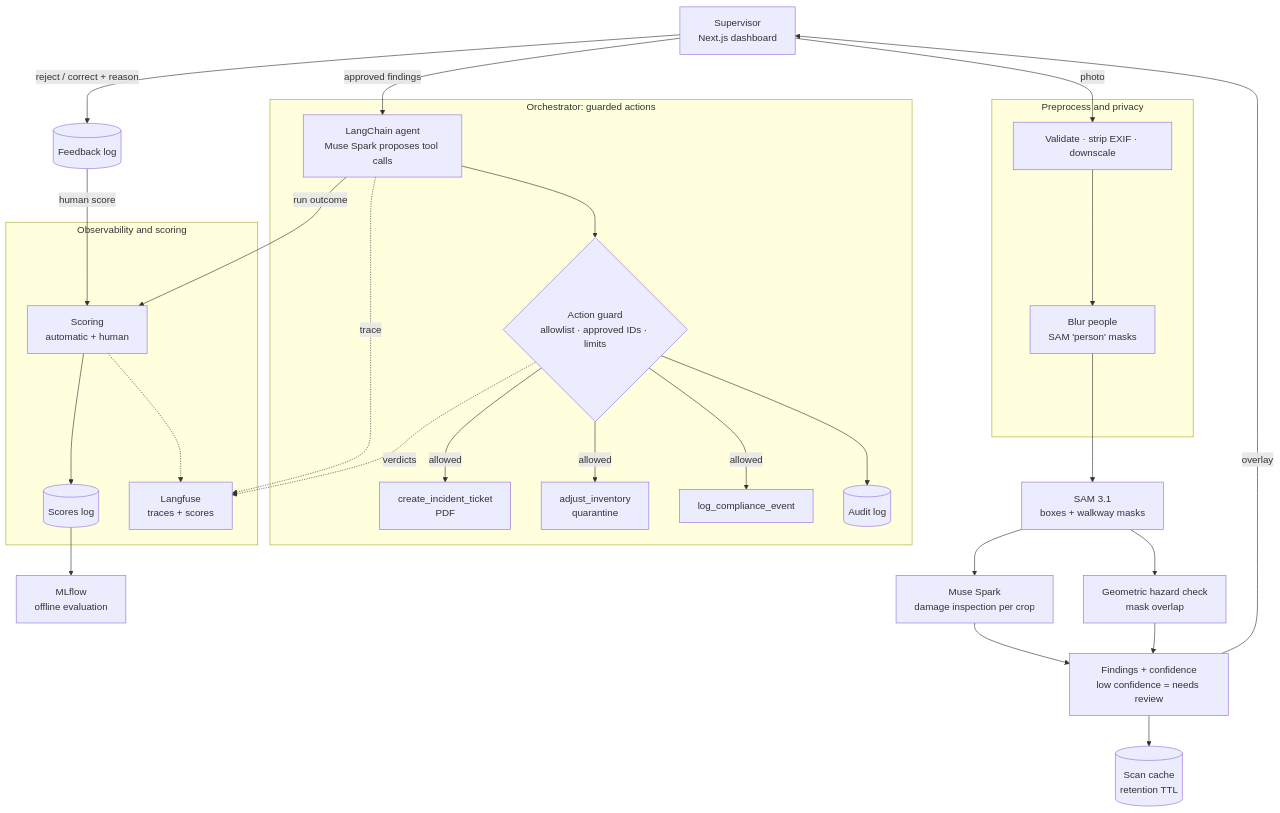
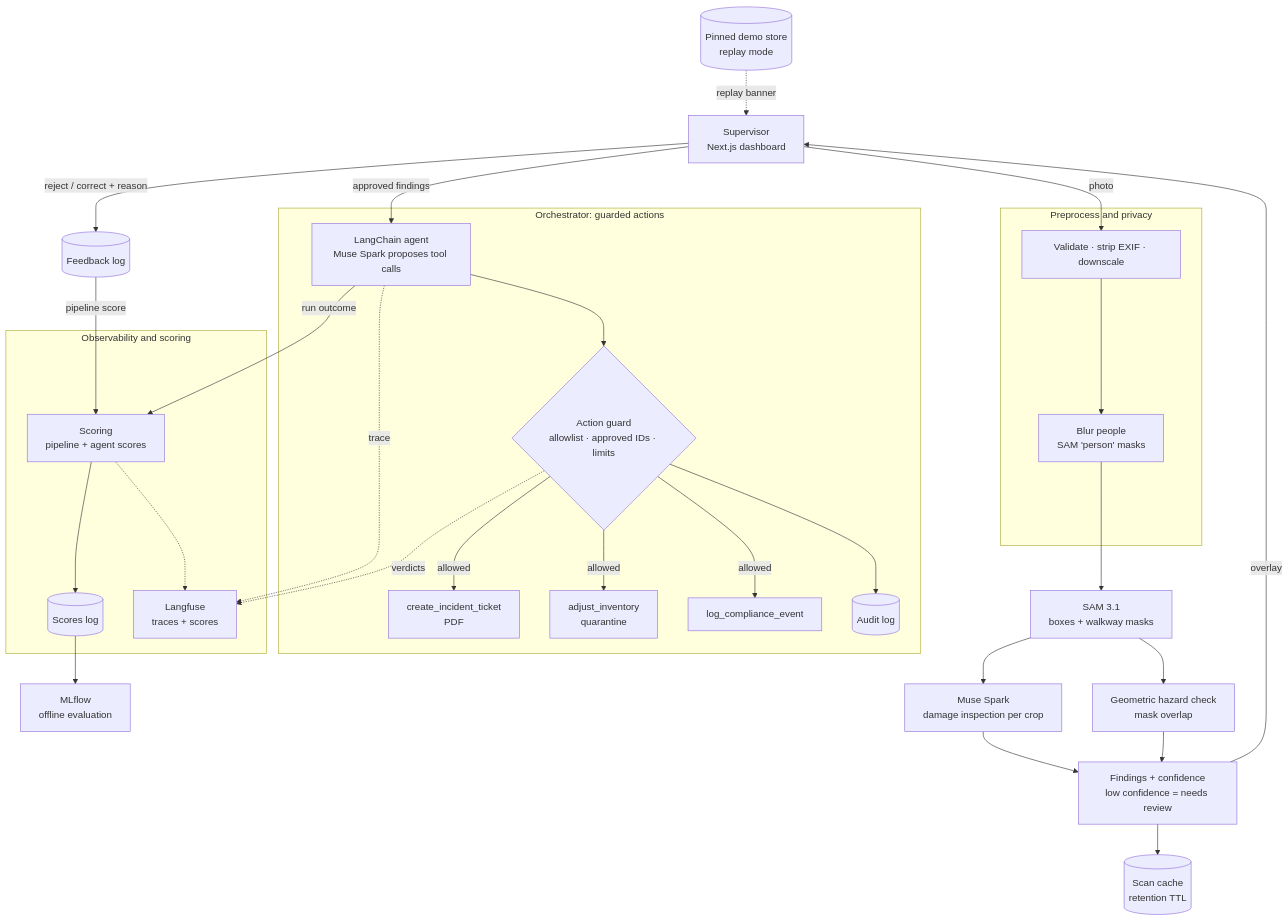
The diagram in README.md (sagar-das01/AIsleEye), drawn with Mermaid before and after one commit. The commit also changed other lines of this file, not shown here.

First line of the commit message:
docs: separate pipeline and agent scores, add replay, safe writes and interface principles

````diff
--- a/README.md
+++ b/README.md
@@ -62,39 +63,40 @@
 ```mermaid
 flowchart TD
   U["Supervisor<br/>Next.js dashboard"]
 
   subgraph PREP ["Preprocess and privacy"]
     PRE["Validate · strip EXIF · downscale"] --> BLUR["Blur people<br/>SAM 'person' masks"]
   end
 
   subgraph ACT ["Orchestrator: guarded actions"]
     AG["LangChain agent<br/>Muse Spark proposes tool calls"] --> GUARD{"Action guard<br/>allowlist · approved IDs · limits"}
     GUARD -->|allowed| T1["create_incident_ticket<br/>PDF"]
     GUARD -->|allowed| T2["adjust_inventory<br/>quarantine"]
     GUARD -->|allowed| T3["log_compliance_event"]
     GUARD --> AUD[("Audit log")]
   end
 
   subgraph OBS ["Observability and scoring"]
-    SCORE["Scoring<br/>automatic + human"] --> SCORES[("Scores log")]
+    SCORE["Scoring<br/>pipeline + agent scores"] --> SCORES[("Scores log")]
     SCORE -.-> LF["Langfuse<br/>traces + scores"]
   end
 
   MLF["MLflow<br/>offline evaluation"]
 
   U -->|photo| PRE
   BLUR --> SEG["SAM 3.1<br/>boxes + walkway masks"]
   SEG --> VLM["Muse Spark<br/>damage inspection per crop"]
   SEG --> HZ["Geometric hazard check<br/>mask overlap"]
   VLM --> F["Findings + confidence<br/>low confidence = needs review"]
   HZ --> F
   F --> CACHE[("Scan cache<br/>retention TTL")]
   F -->|overlay| U
+  DEMO[("Pinned demo store<br/>replay mode")] -.->|"replay banner"| U
   U -->|"reject / correct + reason"| FB[("Feedback log")]
   U -->|approved findings| AG
-  FB -->|human score| SCORE
+  FB -->|pipeline score| SCORE
   AG -->|run outcome| SCORE
   AG -.->|trace| LF
   GUARD -.->|verdicts| LF
   SCORES --> MLF
 ```
````
